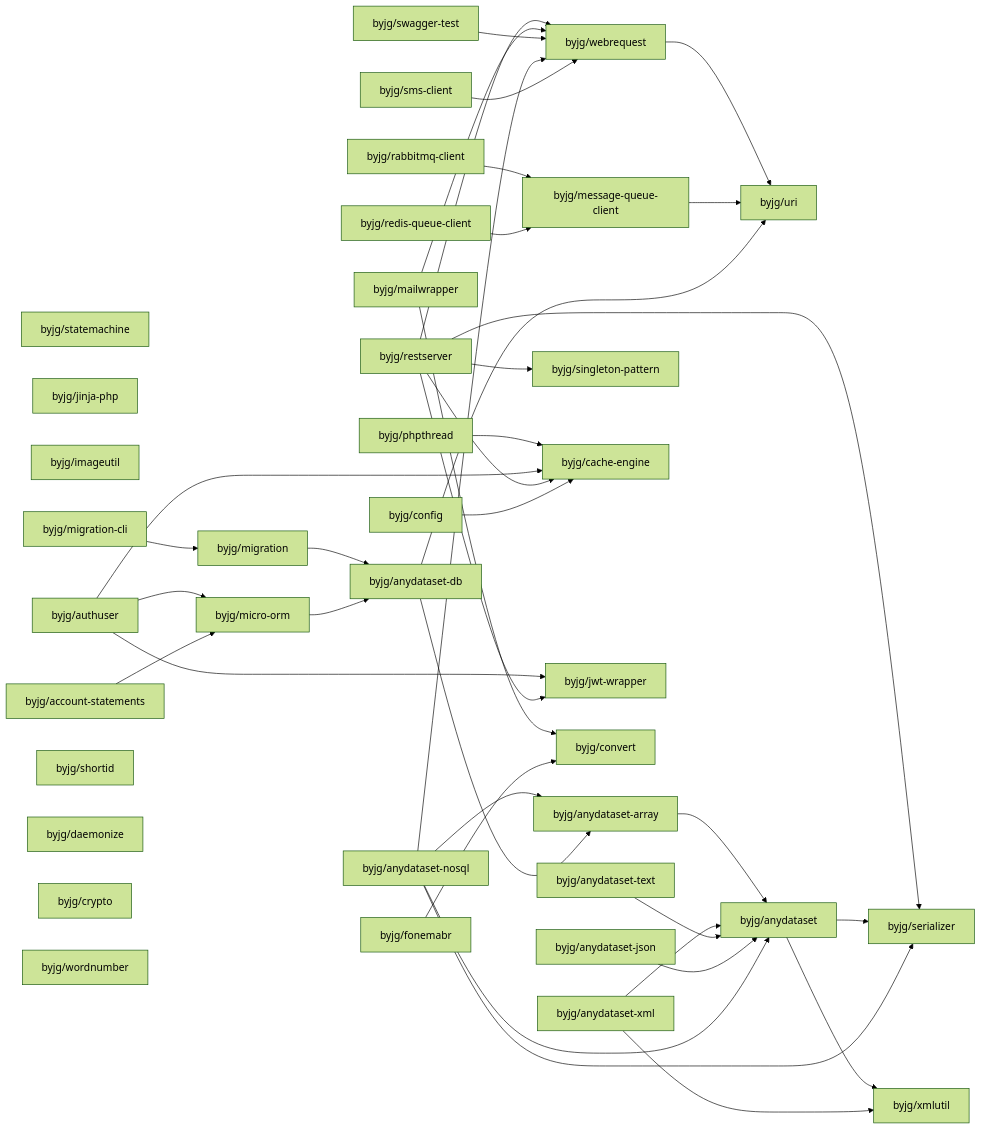
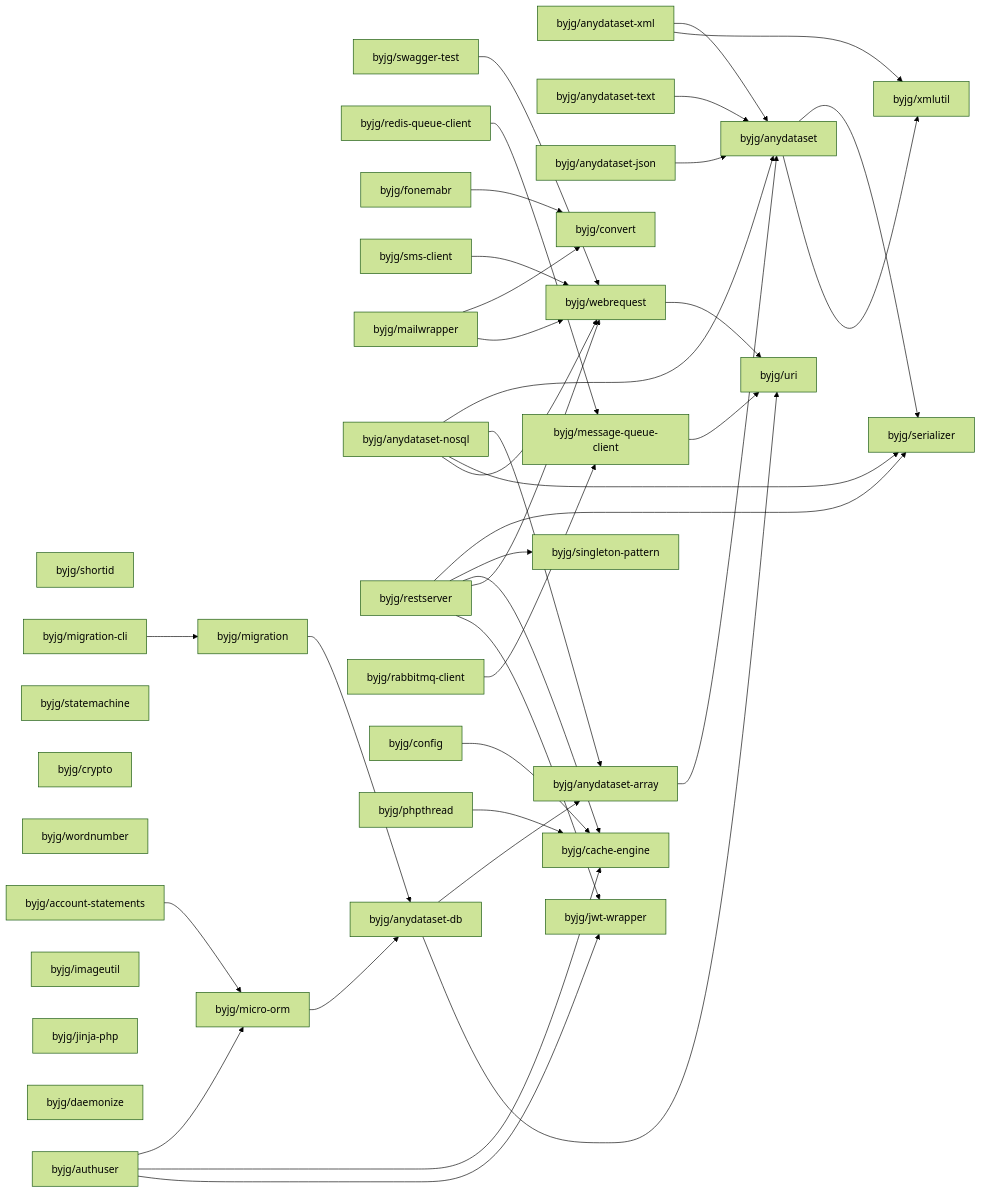
One commit to byjg/byjg.github.io changed the diagram in docs/php/README.md. Above: the diagram before and after it, drawn with Mermaid (forest theme). The commit also changed other lines of this file, not shown here.

````diff
--- a/docs/php/README.md
+++ b/docs/php/README.md
@@ -3,76 +3,76 @@
 ```mermaid
 graph LR;
+  byjg/shortid;
+  byjg/swagger-test;
+  byjg/anydataset-xml;
+  byjg/migration-cli;
+  byjg/statemachine;
+  byjg/anydataset-text;
+  byjg/anydataset-json;
   byjg/redis-queue-client;
+  byjg/fonemabr;
+  byjg/sms-client;
+  byjg/mailwrapper;
+  byjg/anydataset-nosql;
+  byjg/restserver;
+  byjg/crypto;
+  byjg/wordnumber;
+  byjg/account-statements;
   byjg/rabbitmq-client;
+  byjg/imageutil;
   byjg/config;
-  byjg/statemachine;
-  byjg/fonemabr;
   byjg/jinja-php;
-  byjg/imageutil;
+  byjg/daemonize;
   byjg/authuser;
   byjg/phpthread;
-  byjg/anydataset-text;
-  byjg/migration-cli;
-  byjg/account-statements;
-  byjg/swagger-test;
-  byjg/anydataset-json;
-  byjg/shortid;
-  byjg/daemonize;
-  byjg/anydataset-xml;
-  byjg/crypto;
-  byjg/wordnumber;
-  byjg/restserver;
-  byjg/anydataset-nosql;
-  byjg/mailwrapper;
-  byjg/sms-client;
+  byjg/migration;
+  byjg/convert;
+  byjg/singleton-pattern;
+  byjg/webrequest;
   byjg/message-queue-client;
-  byjg/migration;
   byjg/micro-orm;
-  byjg/singleton-pattern;
+  byjg/jwt-wrapper;
   byjg/cache-engine;
-  byjg/jwt-wrapper;
-  byjg/convert;
-  byjg/webrequest;
   byjg/anydataset-db;
   byjg/anydataset-array;
   byjg/uri;
   byjg/anydataset;
   byjg/serializer;
   byjg/xmlutil;
   byjg/phpthread --> byjg/cache-engine;
   byjg/authuser --> byjg/micro-orm;
   byjg/authuser --> byjg/cache-engine;
   byjg/authuser --> byjg/jwt-wrapper;
   byjg/anydataset-array --> byjg/anydataset;
   byjg/restserver --> byjg/serializer;
   byjg/restserver --> byjg/singleton-pattern;
   byjg/restserver --> byjg/cache-engine;
   byjg/restserver --> byjg/webrequest;
   byjg/restserver --> byjg/jwt-wrapper;
   byjg/mailwrapper --> byjg/convert;
   byjg/mailwrapper --> byjg/webrequest;
   byjg/swagger-test --> byjg/webrequest;
   byjg/migration --> byjg/anydataset-db;
   byjg/account-statements --> byjg/micro-orm;
   byjg/anydataset --> byjg/serializer;
   byjg/anydataset --> byjg/xmlutil;
   byjg/fonemabr --> byjg/convert;
   byjg/anydataset-xml --> byjg/anydataset;
   byjg/anydataset-xml --> byjg/xmlutil;
   byjg/webrequest --> byjg/uri;
   byjg/config --> byjg/cache-engine;
   byjg/migration-cli --> byjg/migration;
   byjg/anydataset-text --> byjg/anydataset;
   byjg/micro-orm --> byjg/anydataset-db;
   byjg/message-queue-client --> byjg/uri;
   byjg/anydataset-json --> byjg/anydataset;
   byjg/anydataset-nosql --> byjg/anydataset;
   byjg/anydataset-nosql --> byjg/anydataset-array;
   byjg/anydataset-nosql --> byjg/serializer;
   byjg/anydataset-nosql --> byjg/webrequest;
   byjg/anydataset-db --> byjg/anydataset-array;
   byjg/anydataset-db --> byjg/uri;
   byjg/rabbitmq-client --> byjg/message-queue-client;
   byjg/redis-queue-client --> byjg/message-queue-client;
   byjg/sms-client --> byjg/webrequest;
 ```
````
